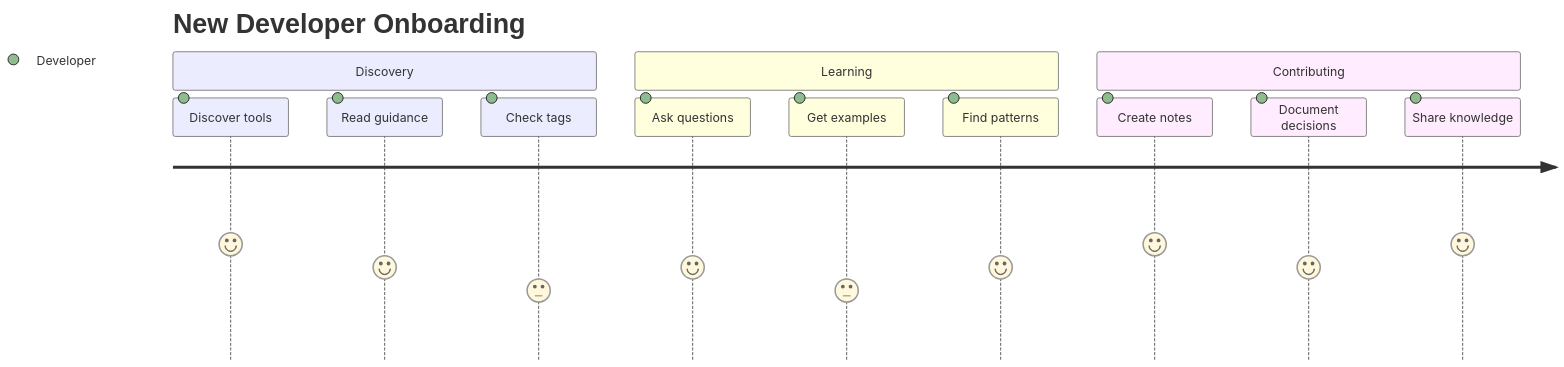
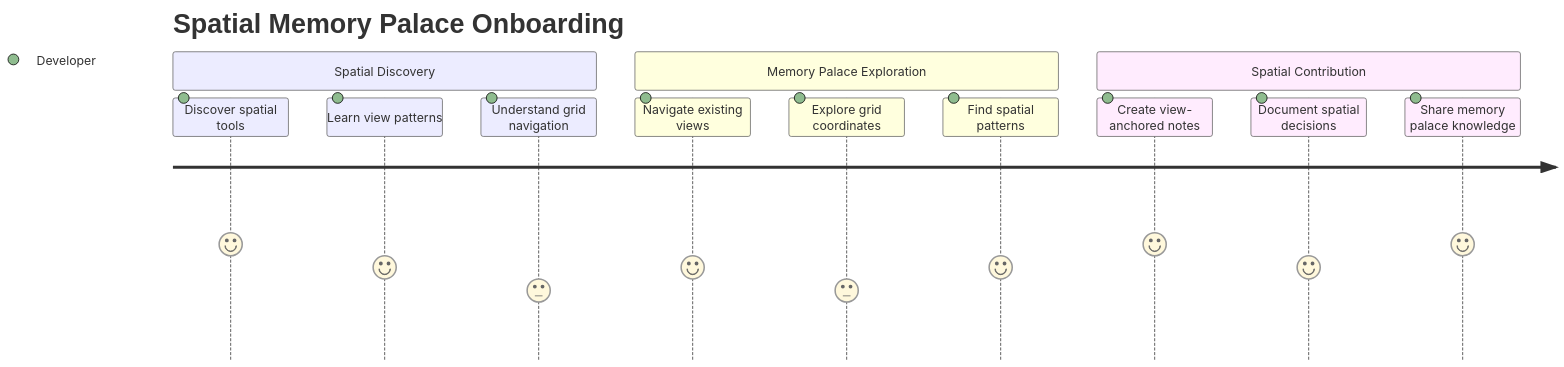
Before and after one commit to a24z-ai/a24z-memory: the first of 6 diagrams in docs/tool-workflows/user-journeys.md, drawn with Mermaid. The commit also changed other lines of this file and 71 other files, not shown here.

First line of the commit message:
feat: replace AskA24zMemoryTool with ListCodebaseViewsTool

````diff
--- a/docs/tool-workflows/user-journeys.md
+++ b/docs/tool-workflows/user-journeys.md
@@ -5,16 +5,16 @@
 ```mermaid
 journey
-    title New Developer Onboarding
-    section Discovery
-        Discover tools: 5: Developer
-        Read guidance: 4: Developer
-        Check tags: 3: Developer
-    section Learning
-        Ask questions: 4: Developer
-        Get examples: 3: Developer
-        Find patterns: 4: Developer
-    section Contributing
-        Create notes: 5: Developer
-        Document decisions: 4: Developer
-        Share knowledge: 5: Developer
+    title Spatial Memory Palace Onboarding
+    section Spatial Discovery
+        Discover spatial tools: 5: Developer
+        Learn view patterns: 4: Developer
+        Understand grid navigation: 3: Developer
+    section Memory Palace Exploration
+        Navigate existing views: 4: Developer
+        Explore grid coordinates: 3: Developer
+        Find spatial patterns: 4: Developer
+    section Spatial Contribution
+        Create view-anchored notes: 5: Developer
+        Document spatial decisions: 4: Developer
+        Share memory palace knowledge: 5: Developer
 ```
````
